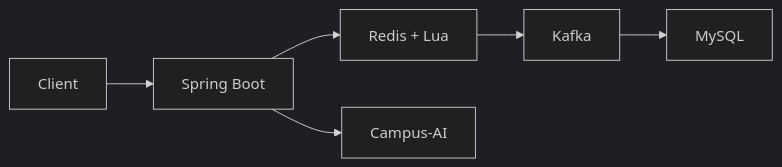
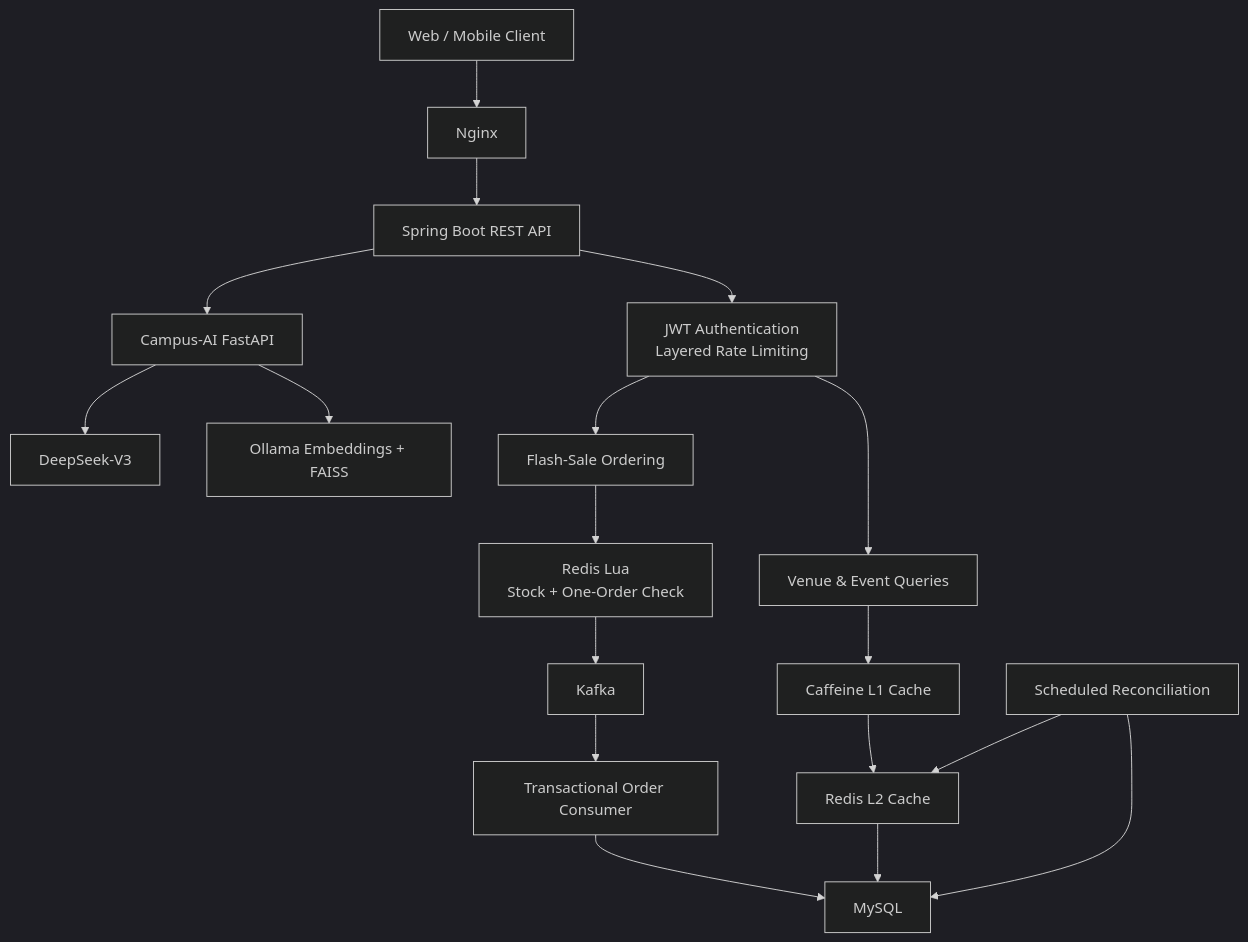
One commit to zljny11/uniticket changed the diagram in README.md. Above: the diagram before and after it, drawn with Mermaid (dark theme).

Commit message:
Revise architecture diagram in README
Updated architecture diagram to reflect new components and flow.

```diff
--- a/README.md
+++ b/README.md
@@ -13,8 +13,25 @@
 ~~~mermaid
-flowchart LR
-    C["Client"] --> B["Spring Boot"]
-    B --> R["Redis + Lua"]
-    R --> K["Kafka"]
-    K --> D["MySQL"]
-    B --> A["Campus-AI"]
+
+flowchart TD
+    C["Web / Mobile Client"] --> N["Nginx"]
+    N --> API["Spring Boot REST API"]
+    API --> G["JWT Authentication<br/>Layered Rate Limiting"]
+
+    G --> READ["Venue & Event Queries"]
+    READ --> L1["Caffeine L1 Cache"]
+    L1 --> L2["Redis L2 Cache"]
+    L2 --> DB["MySQL"]
+
+    G --> ORDER["Flash-Sale Ordering"]
+    ORDER --> LUA["Redis Lua<br/>Stock + One-Order Check"]
+    LUA --> K["Kafka"]
+    K --> W["Transactional Order Consumer"]
+    W --> DB
+
+    JOB["Scheduled Reconciliation"] --> DB
+    JOB --> L2
+
+    API --> AI["Campus-AI FastAPI"]
+    AI --> F["Ollama Embeddings + FAISS"]
+    AI --> LLM["DeepSeek-V3"]
 ~~~
```
